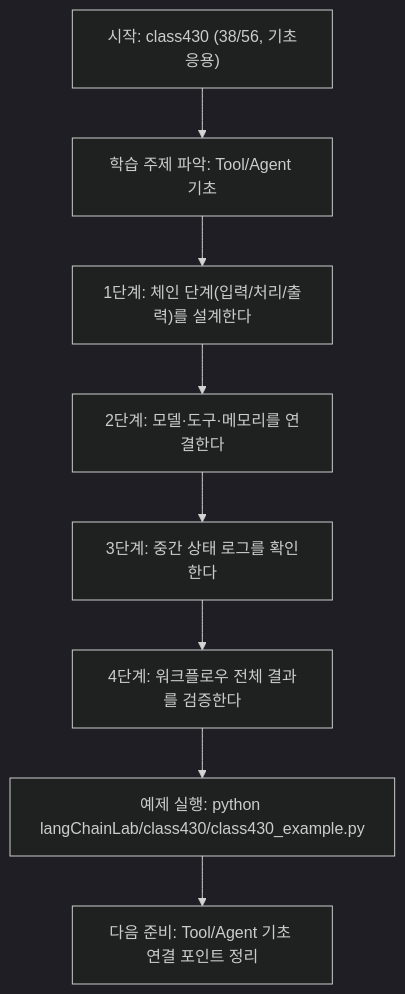
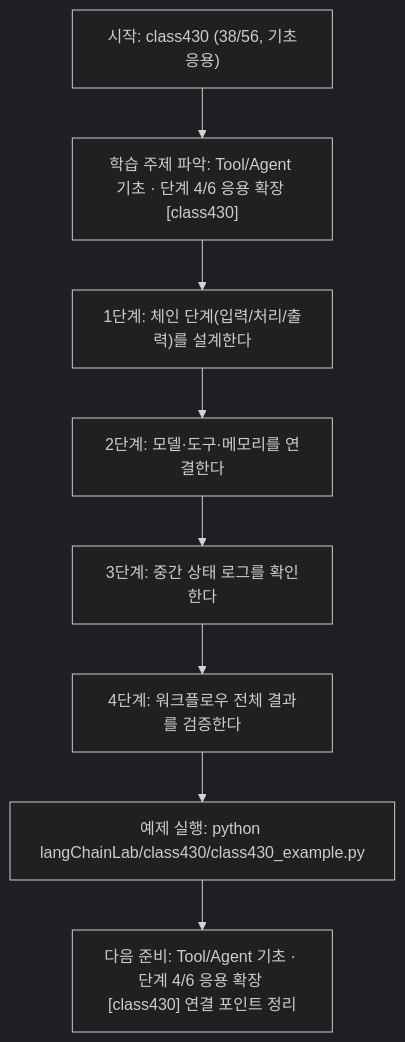
One commit to edumgt/Python-AI_Agent-Class changed the diagram in langChainLab/class430/class430.md. Above: the diagram before and after it, drawn with Mermaid (dark theme). The commit also changed other lines of this file and 522 other files, not shown here.

````diff
--- a/langChainLab/class430/class430.md
+++ b/langChainLab/class430/class430.md
@@ -109,18 +110,18 @@
 ```mermaid
 flowchart TD
 N1["시작: class430 (38/56, 기초응용)"]
-N2["학습 주제 파악: Tool/Agent 기초"]
+N2["학습 주제 파악: Tool/Agent 기초 · 단계 4/6 응용 확장 [class430]"]
 N3["1단계: 체인 단계(입력/처리/출력)를 설계한다"]
 N4["2단계: 모델·도구·메모리를 연결한다"]
 N5["3단계: 중간 상태 로그를 확인한다"]
 N6["4단계: 워크플로우 전체 결과를 검증한다"]
 N7["예제 실행: python langChainLab/class430/class430_example.py"]
-N8["다음 준비: Tool/Agent 기초 연결 포인트 정리"]
+N8["다음 준비: Tool/Agent 기초 · 단계 4/6 응용 확장 [class430] 연결 포인트 정리"]
 N1 --> N2
 N2 --> N3
 N3 --> N4
 N4 --> N5
 N5 --> N6
 N6 --> N7
 N7 --> N8
 ```
````
